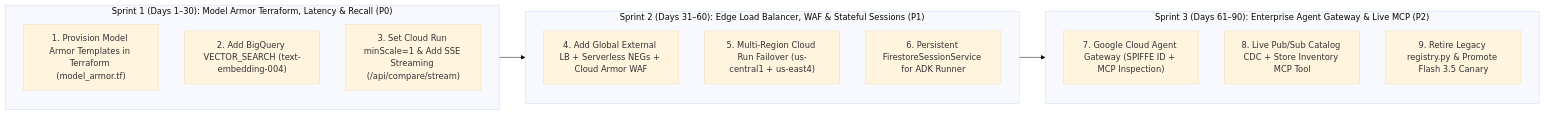
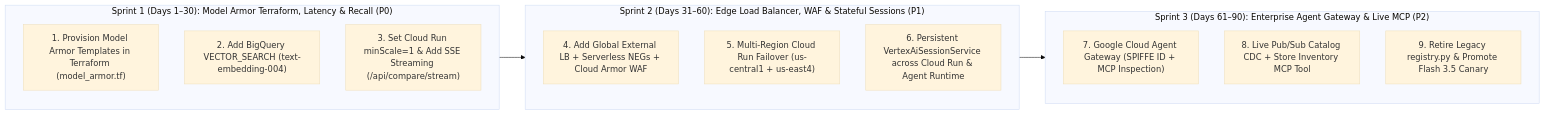
Before and after one commit to willie3838/williamc-ecomm-capstone: diagram 13 of 13 in ARCHITECTURE.md, drawn with Mermaid (base theme). The commit also changed other lines of this file and 4 other files, not shown here.

Commit message:
chore(adk): use VertexAiSessionService exclusively and wire GOOGLE_CLOUD_AGENT_ENGINE_ID

````diff
--- a/ARCHITECTURE.md
+++ b/ARCHITECTURE.md
@@ -1018,22 +1018,22 @@
 ```mermaid
 flowchart LR
     subgraph Day30["Sprint 1 (Days 1–30): Model Armor Terraform, Latency & Recall (P0)"]
         P0_1["1. Provision Model Armor Templates in Terraform (model_armor.tf)"]
         P0_2["2. Add BigQuery VECTOR_SEARCH (text-embedding-004)"]
         P0_3["3. Set Cloud Run minScale=1 & Add SSE Streaming (/api/compare/stream)"]
     end
 
     subgraph Day60["Sprint 2 (Days 31–60): Edge Load Balancer, WAF & Stateful Sessions (P1)"]
         P1_1["4. Add Global External LB + Serverless NEGs + Cloud Armor WAF"]
         P1_2["5. Multi-Region Cloud Run Failover (us-central1 + us-east4)"]
-        P1_3["6. Persistent FirestoreSessionService for ADK Runner"]
+        P1_3["6. Persistent VertexAiSessionService across Cloud Run & Agent Runtime"]
     end
 
     subgraph Day90["Sprint 3 (Days 61–90): Enterprise Agent Gateway & Live MCP (P2)"]
         P2_1["7. Google Cloud Agent Gateway (SPIFFE ID + MCP Inspection)"]
         P2_2["8. Live Pub/Sub Catalog CDC + Store Inventory MCP Tool"]
         P2_3["9. Retire Legacy registry.py & Promote Flash 3.5 Canary"]
     end
 
     Day30 --> Day60 --> Day90
 ```
````
